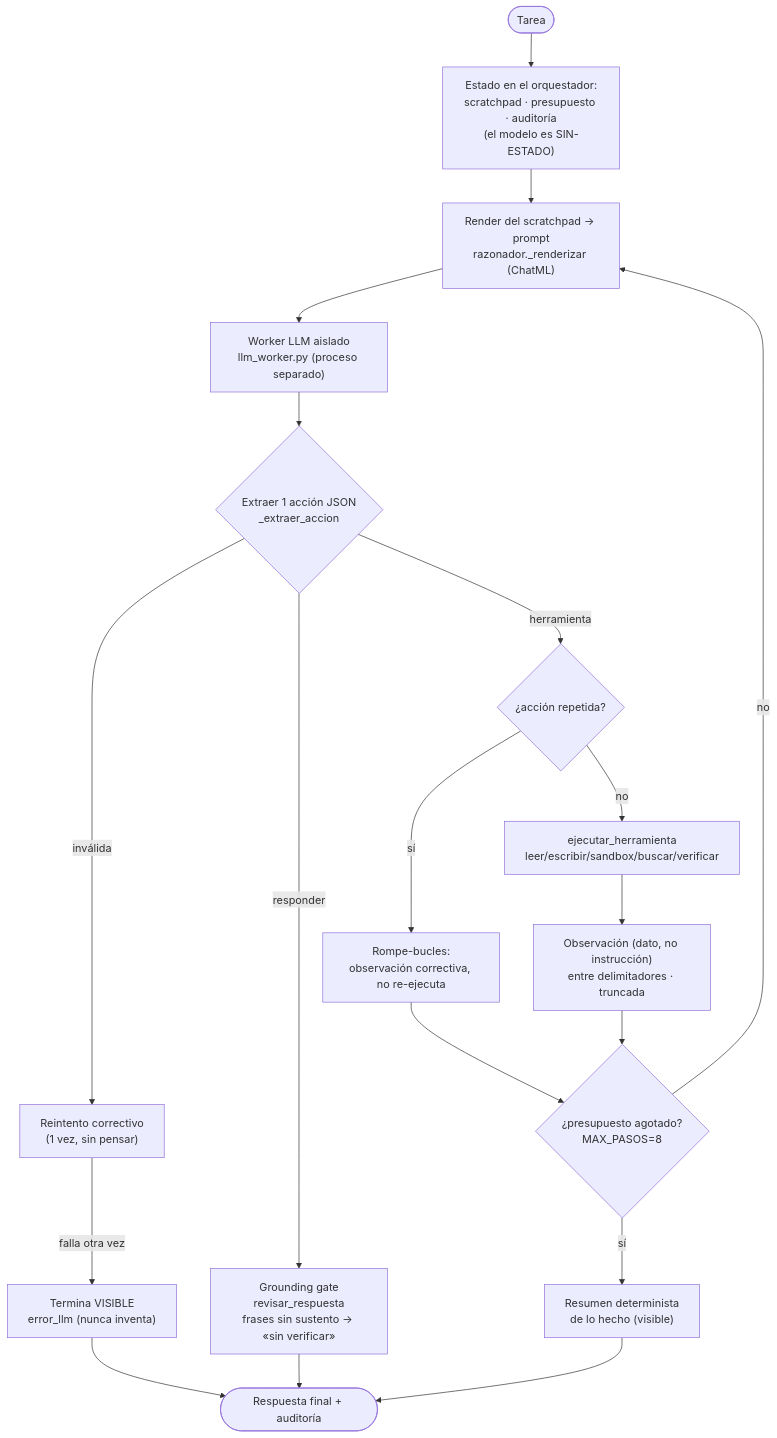
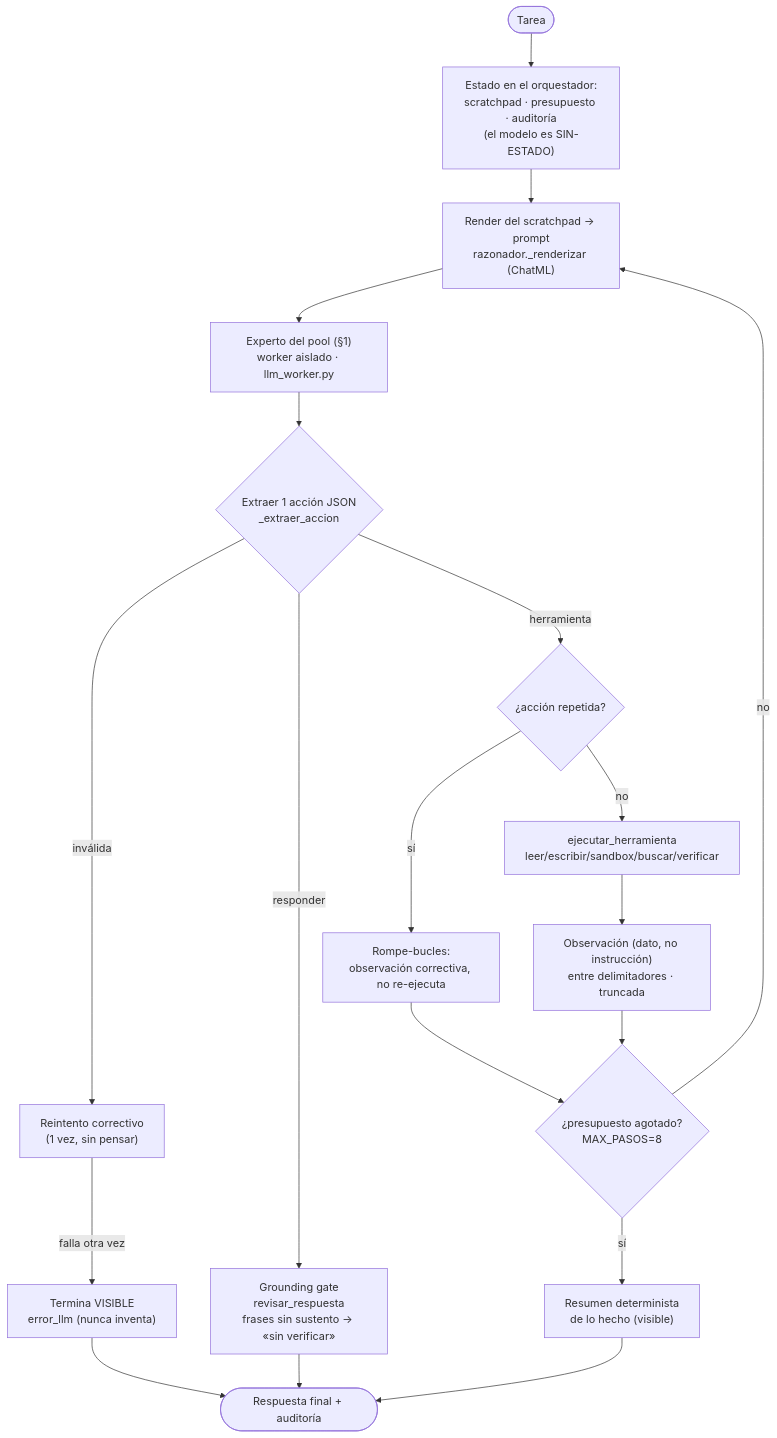
The fifth of 7 diagrams in docs/DIAGRAMAS.md (DeliVali/AIDAM), drawn with Mermaid before and after one commit. The commit also changed other lines of this file and 4 other files, not shown here.

First line of the commit message:
docs: make the adaptive Multi-SLM architecture canonical

````diff
--- a/docs/DIAGRAMAS.md
+++ b/docs/DIAGRAMAS.md
@@ -148,21 +181,21 @@
 ```mermaid
 flowchart TD
     T(["Tarea"]) --> INIT["Estado en el orquestador:<br/>scratchpad · presupuesto · auditoría<br/>(el modelo es SIN-ESTADO)"]
     INIT --> STEP["Render del scratchpad → prompt<br/>razonador._renderizar (ChatML)"]
-    STEP --> LLM["Worker LLM aislado<br/>llm_worker.py (proceso separado)"]
+    STEP --> LLM["Experto del pool (§1)<br/>worker aislado · llm_worker.py"]
     LLM --> PARSE{"Extraer 1 acción JSON<br/>_extraer_accion"}
     PARSE -->|inválida| RETRY["Reintento correctivo<br/>(1 vez, sin pensar)"]
     RETRY -->|falla otra vez| FAILV["Termina VISIBLE<br/>error_llm (nunca inventa)"]
     PARSE -->|responder| GATEG["Grounding gate<br/>revisar_respuesta<br/>frases sin sustento → «sin verificar»"]
     PARSE -->|herramienta| REP{"¿acción repetida?"}
     REP -->|sí| BREAK["Rompe-bucles:<br/>observación correctiva, no re-ejecuta"]
     REP -->|no| TOOL["ejecutar_herramienta<br/>leer/escribir/sandbox/buscar/verificar"]
     TOOL --> OBS["Observación (dato, no instrucción)<br/>entre delimitadores · truncada"]
     OBS --> BUD{"¿presupuesto agotado?<br/>MAX_PASOS=8"}
     BREAK --> BUD
     BUD -->|no| STEP
     BUD -->|sí| SUMV["Resumen determinista<br/>de lo hecho (visible)"]
     GATEG --> DONE(["Respuesta final + auditoría"])
     SUMV --> DONE
     FAILV --> DONE
 ```
````
